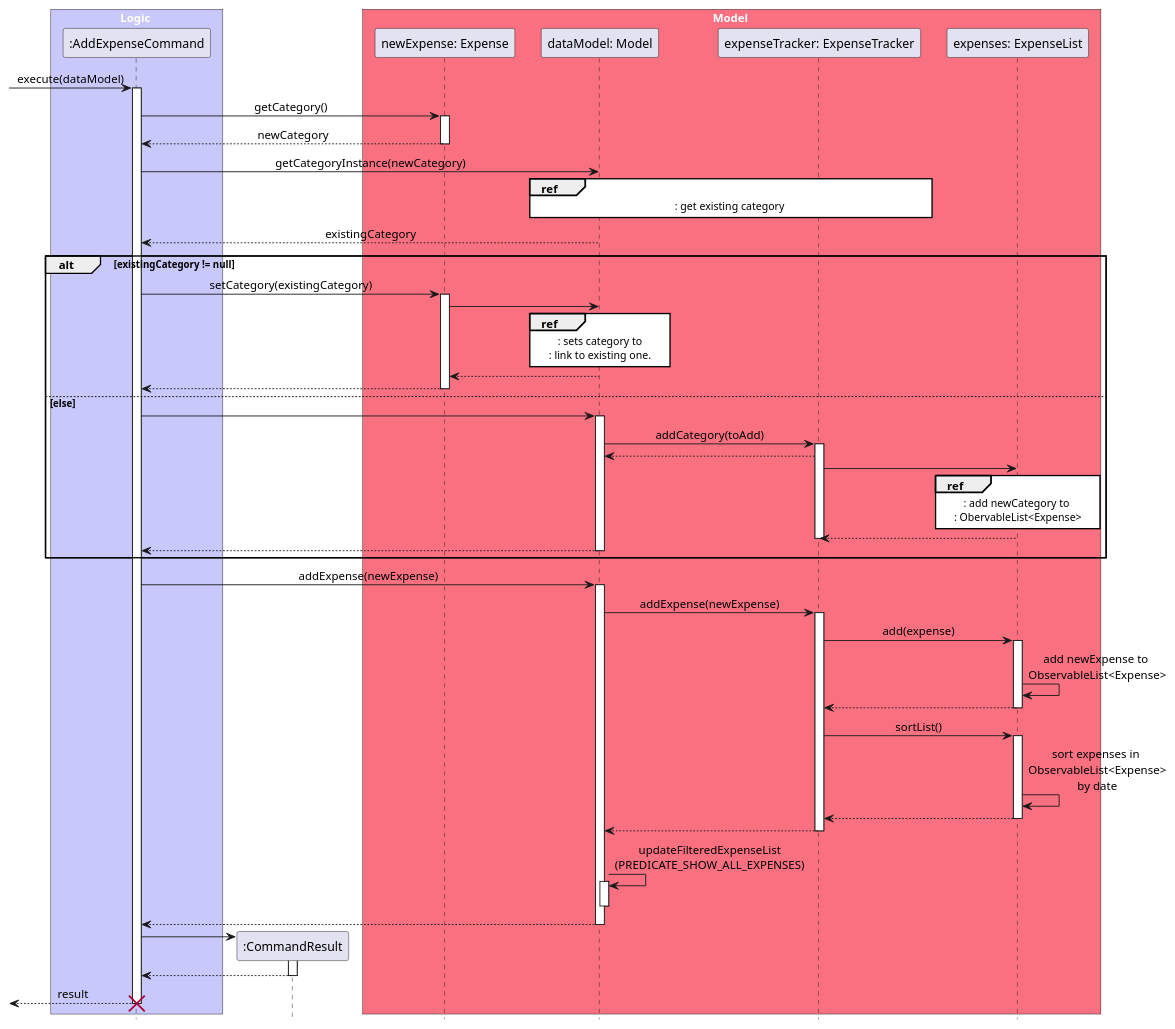
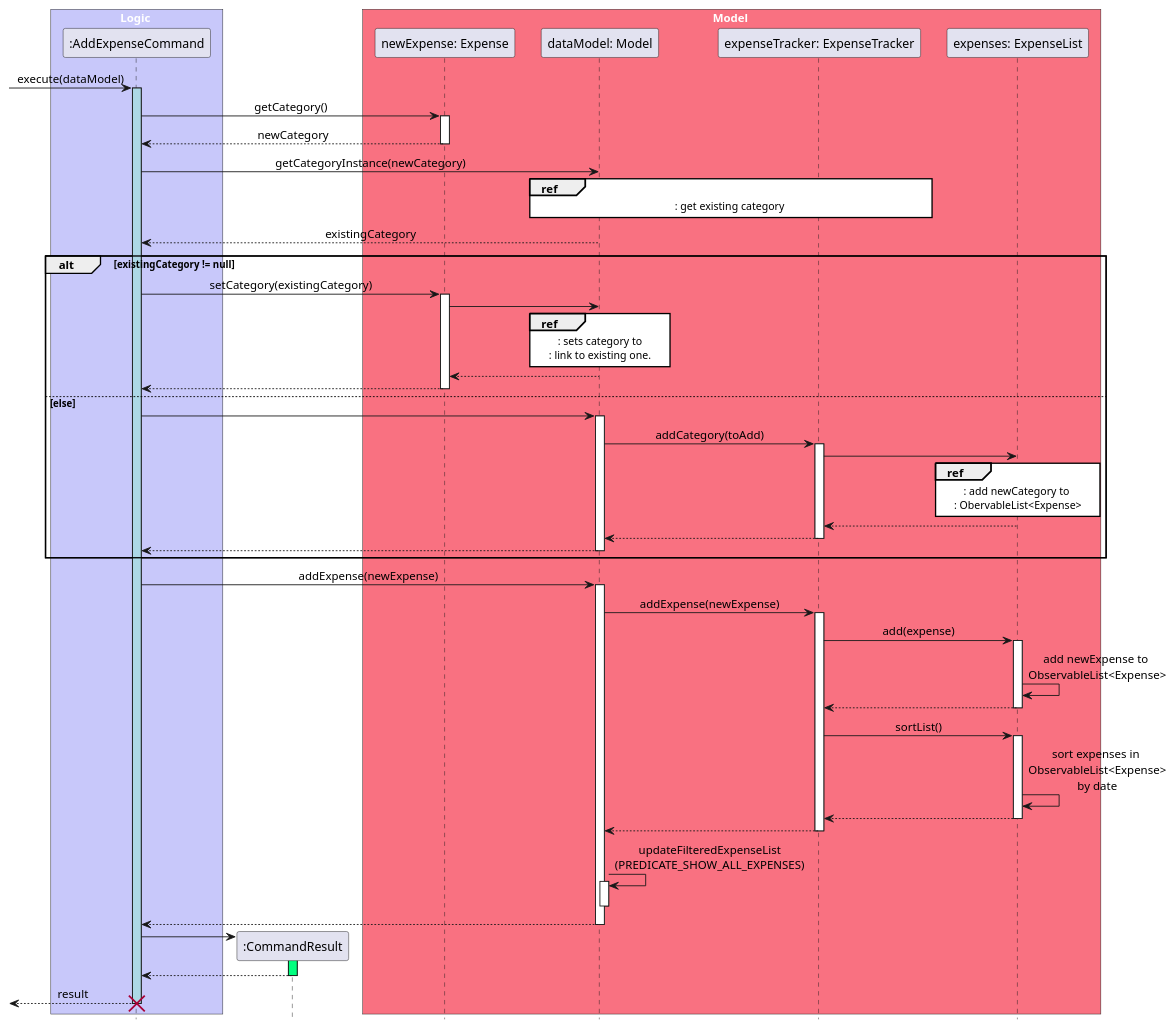
One commit to nus-cs2103-AY2223S2/tp changed the diagram in uml/sequence_diagrams/add_expense_command.puml. Above: the diagram before and after it, drawn with PlantUML. The commit also changed 23 other files, not shown here.

Commit message:
Fix sequence diagram inconsistencies

```diff
--- a/uml/sequence_diagrams/add_expense_command.puml
+++ b/uml/sequence_diagrams/add_expense_command.puml
@@ -1,95 +1,96 @@
-@startuml  add_expense_command
+@startuml  AddExpenseSequenceDiagram
 
 hide footbox
 skinparam MinClassWidth 50
 skinparam ParticipantPadding 10
 skinparam Shadowing false
 skinparam DefaultTextAlignment center
 skinparam packageStyle Rectangle
 
 box Model #F97181
 participant "newExpense: Expense" as Expense order 2 
 participant "dataModel: Model" as Model order 3
 participant "expenseTracker: ExpenseTracker" as ExpenseTracker order 4
 participant "expenses: ExpenseList" as ExpenseList order 5
 end box
 skinparam Sequence {
     MessageAlign center
     BoxFontSize 15
     BoxPadding 0
     BoxFontColor #FFFFFF
     ReferenceBackgroundColor #FFFFFF
 }
 
 box Logic #C8C8FA
 participant ":AddExpenseCommand" as Command  order 1
 end box
 
 [->Command: execute(dataModel)
-activate Command
+activate Command #LightBlue
 Command -> Expense: getCategory()
 activate Expense
 Expense --> Command: newCategory
 deactivate Expense
 Command -> Model : getCategoryInstance(newCategory)
 ref over Model, ExpenseTracker 
     : get existing category 
 end ref
 Model --> Command: existingCategory
 alt existingCategory != null
     Command -> Expense: setCategory(existingCategory)
     activate Expense
     Expense -> Model 
     ref over Model 
         : sets category to
         : link to existing one.
     end ref
     Model --> Expense
     Expense --> Command 
     deactivate Expense
 else else
     Command -> Model
     activate Model
     Model -> ExpenseTracker : addCategory(toAdd) 
     activate ExpenseTracker
-    ExpenseTracker --> Model
+    
     ExpenseTracker -> ExpenseList
     ref over ExpenseList
         : add newCategory to 
         : ObervableList<Expense>
     end ref
     ExpenseList --> ExpenseTracker
+    ExpenseTracker --> Model
     deactivate ExpenseTracker
     Model --> Command
     deactivate Model
 end
 Command -> Model: addExpense(newExpense)
 activate Model
 Model -> ExpenseTracker: addExpense(newExpense)
 activate ExpenseTracker
 ExpenseTracker -> ExpenseList: add(expense)
 activate ExpenseList
 ExpenseList -> ExpenseList: add newExpense to \nObservableList<Expense>
 ExpenseList --> ExpenseTracker
 deactivate ExpenseList
 ExpenseTracker -> ExpenseList: sortList()
 activate ExpenseList
 ExpenseList -> ExpenseList: sort expenses in \nObservableList<Expense>\nby date
 ExpenseList --> ExpenseTracker
 deactivate ExpenseList
 ExpenseTracker --> Model
 deactivate ExpenseTracker
 Model -> Model: updateFilteredExpenseList\n(PREDICATE_SHOW_ALL_EXPENSES)
 activate Model
 deactivate Model
 Model --> Command
 deactivate Model
 create ":CommandResult" as CommandResult order 1
 Command -> CommandResult 
-activate CommandResult
+activate CommandResult #SpringGreen
 CommandResult --> Command
 deactivate CommandResult
 [<-- Command: result
 destroy Command
 
 @enduml
```
